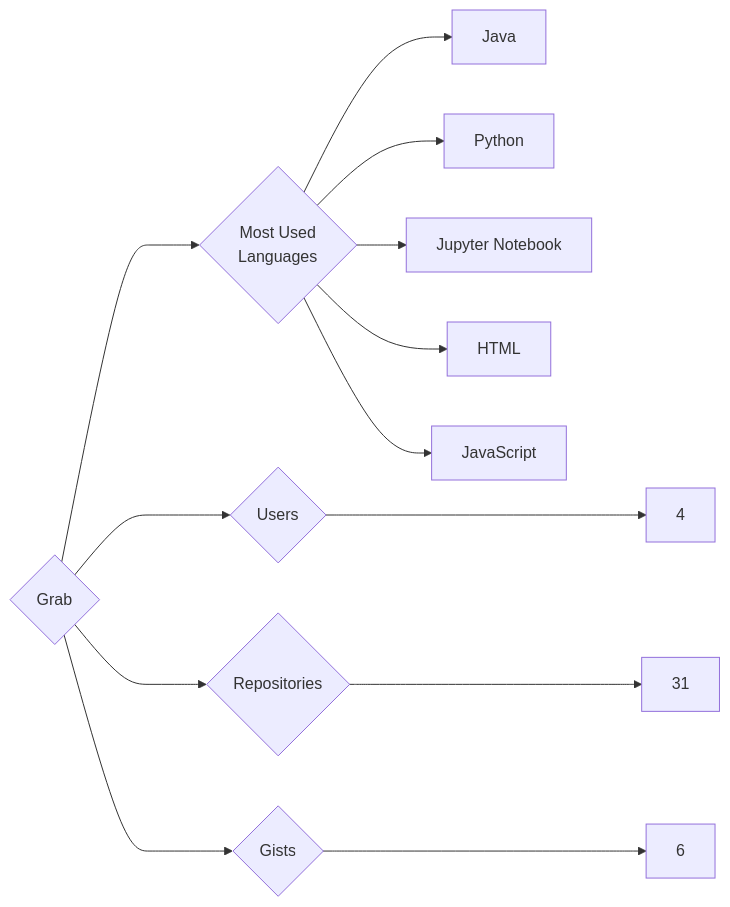
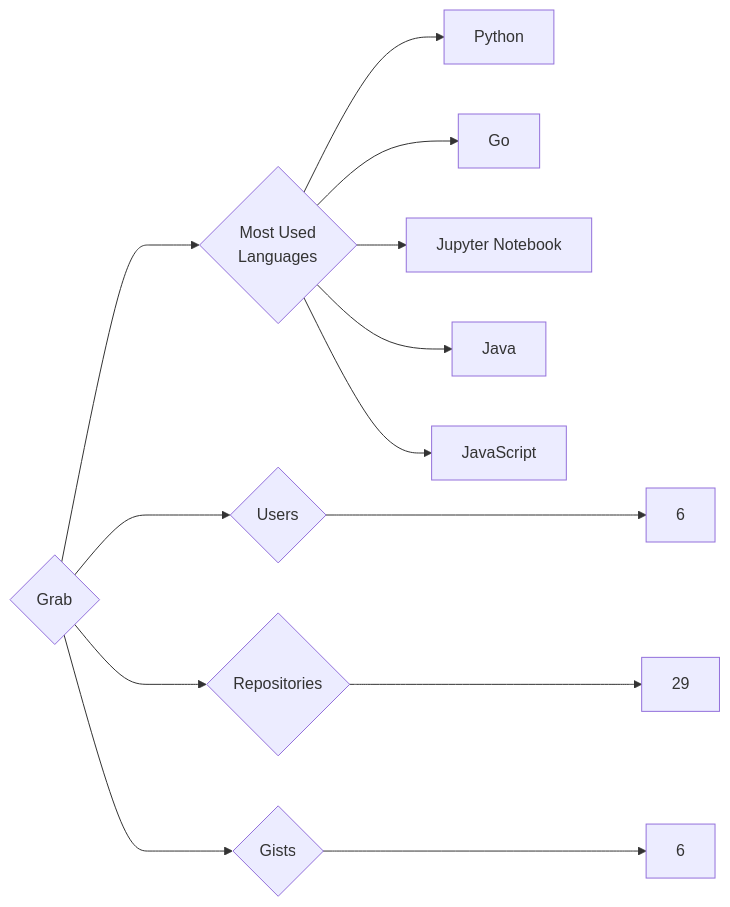
Before and after one commit to trickest/insiders: the diagram in targets/Grab/README.md, drawn with Mermaid. The commit also changed 1036 other files, not shown here.

````diff
--- a/targets/Grab/README.md
+++ b/targets/Grab/README.md
@@ -3,13 +3,13 @@
 ```mermaid
 graph LR
 COMPANY_NAME{Grab}
-COMPANY_NAME ---> U{Users} ---> UN[4]
-COMPANY_NAME ---> R{Repositories} ---> RN[31]
+COMPANY_NAME ---> U{Users} ---> UN[6]
+COMPANY_NAME ---> R{Repositories} ---> RN[29]
 COMPANY_NAME ---> G{Gists} ---> GN[6]
 COMPANY_NAME ---> ML{Most Used<br>Languages}
+ML --> Python[Python]
+ML --> Go[Go]
+ML --> Jupyter_Notebook[Jupyter Notebook]
 ML --> Java[Java]
-ML --> Python[Python]
-ML --> Jupyter_Notebook[Jupyter Notebook]
-ML --> HTML[HTML]
 ML --> JavaScript[JavaScript]
 ```
````
